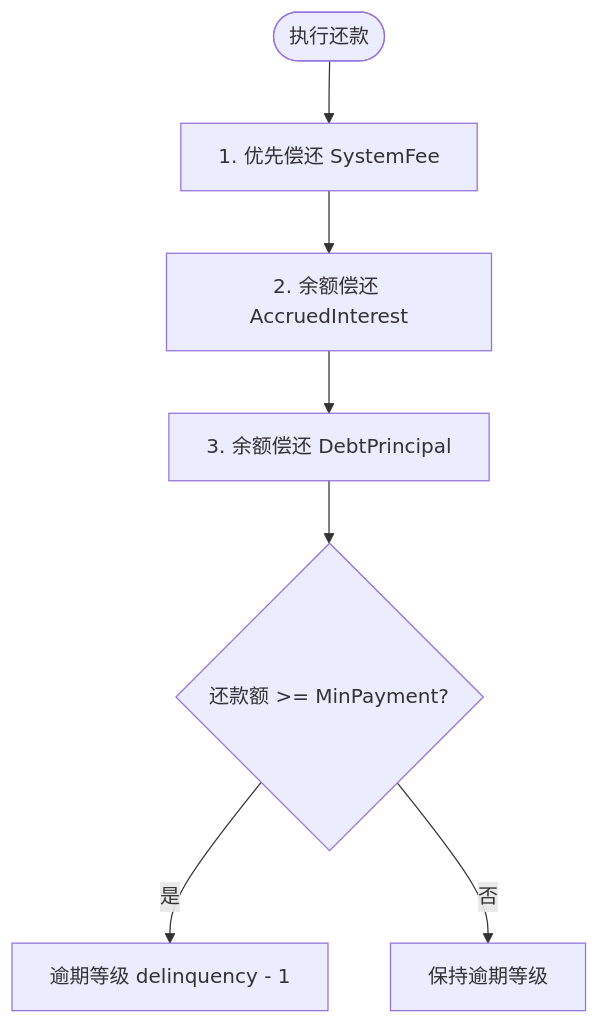
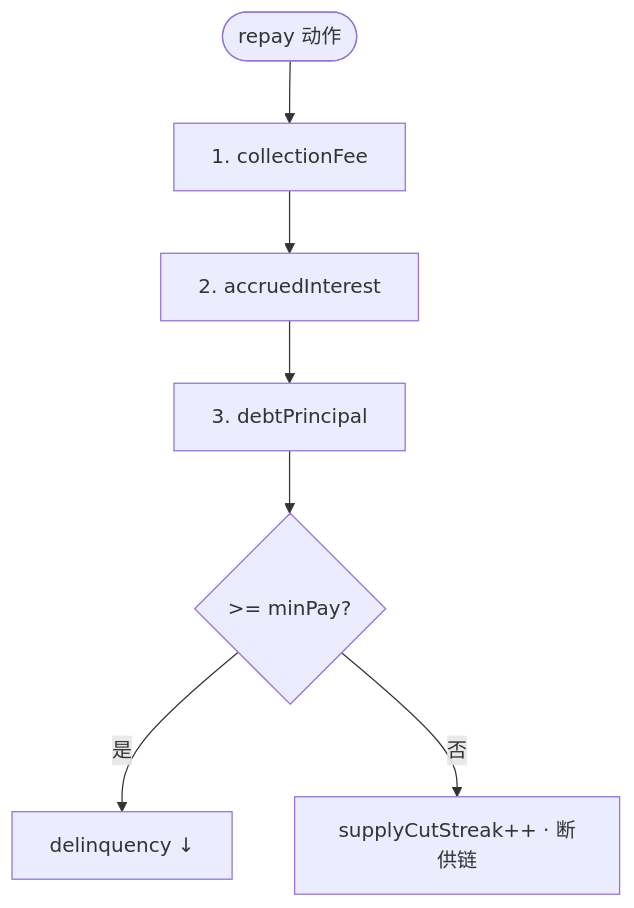
One commit to moyunzero/XiuXian-Overdue changed the ninth of 12 diagrams in docs/交互流程图.md. Above: the diagram before and after it, drawn with Mermaid. The commit also changed other lines of this file and 175 other files, not shown here.

````diff
--- a/docs/交互流程图.md
+++ b/docs/交互流程图.md
@@ -70,9 +308,9 @@
 ```mermaid
 flowchart TD
-  R_Start([执行还款]) --> R_Seq1[1. 优先偿还 SystemFee]
-  R_Seq1 --> R_Seq2[2. 余额偿还 AccruedInterest]
-  R_Seq2 --> R_Seq3[3. 余额偿还 DebtPrincipal]
-  R_Seq3 --> R_Check{还款额 >= MinPayment?}
-  R_Check -->|是| R_Level[逾期等级 delinquency - 1]
-  R_Check -->|否| R_Stay[保持逾期等级]
+  R_Start([repay 动作]) --> R1[1. collectionFee]
+  R1 --> R2[2. accruedInterest]
+  R2 --> R3[3. debtPrincipal]
+  R3 --> R_Min{>= minPay?}
+  R_Min -->|是| R_Down[delinquency ↓]
+  R_Min -->|否| R_Up[supplyCutStreak++ · 断供链]
 ```
````
